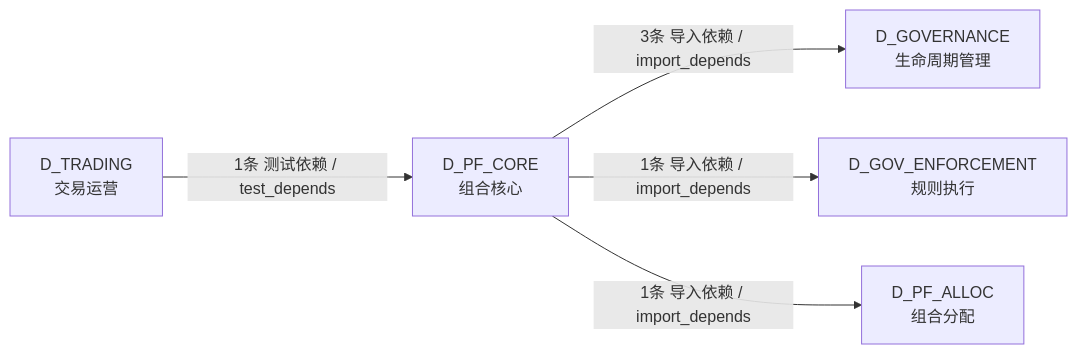
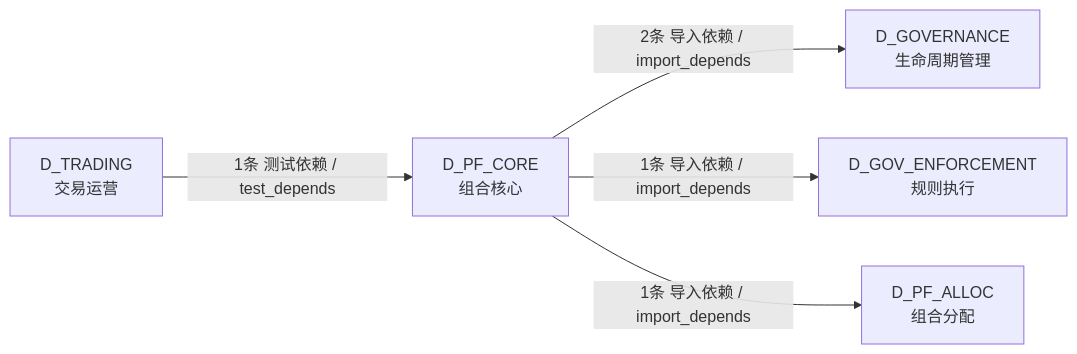
One commit to xuanFelixVan/ZephyrAlpha changed the fourth of 4 diagrams in docs/02_enterprise_architecture/02_domain_architecture_docs/52_d_pf_core.md. Above: the diagram before and after it, drawn with Mermaid. The commit also changed other lines of this file and 126 other files, not shown here.

````diff
--- a/docs/02_enterprise_architecture/02_domain_architecture_docs/52_d_pf_core.md
+++ b/docs/02_enterprise_architecture/02_domain_architecture_docs/52_d_pf_core.md
@@ -196,12 +190,12 @@
 ```mermaid
 graph LR
     D_PF_CORE["D_PF_CORE<br/>组合核心"]
     D_GOVERNANCE["D_GOVERNANCE<br/>生命周期管理"]
     D_GOV_ENFORCEMENT["D_GOV_ENFORCEMENT<br/>规则执行"]
     D_PF_ALLOC["D_PF_ALLOC<br/>组合分配"]
     D_TRADING["D_TRADING<br/>交易运营"]
-    D_PF_CORE -->|3条 导入依赖 / import_depends| D_GOVERNANCE
+    D_PF_CORE -->|2条 导入依赖 / import_depends| D_GOVERNANCE
     D_PF_CORE -->|1条 导入依赖 / import_depends| D_GOV_ENFORCEMENT
     D_PF_CORE -->|1条 导入依赖 / import_depends| D_PF_ALLOC
     D_TRADING -->|1条 测试依赖 / test_depends| D_PF_CORE
 ```
````
